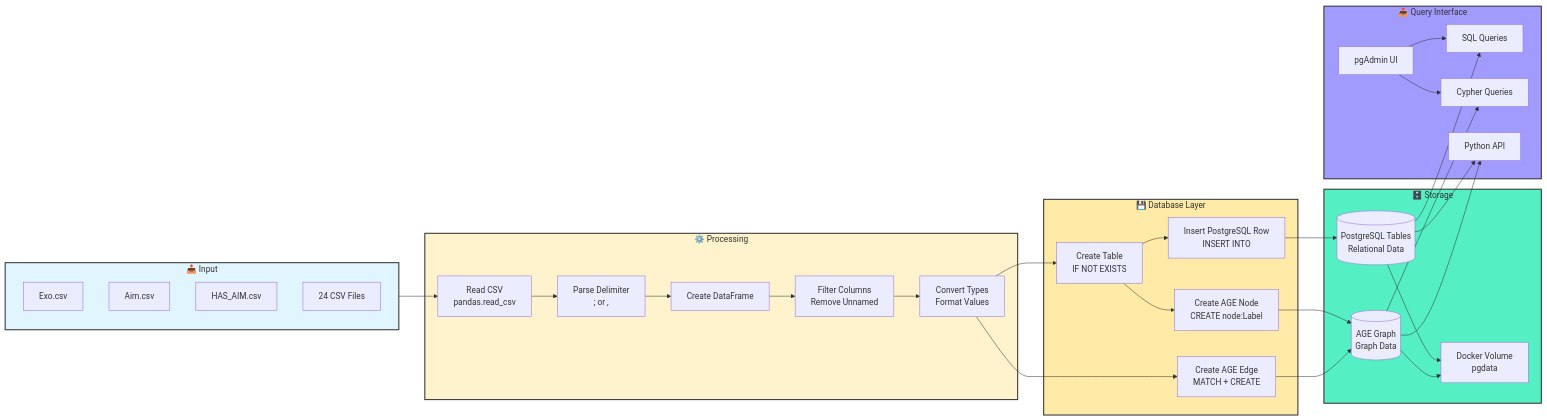
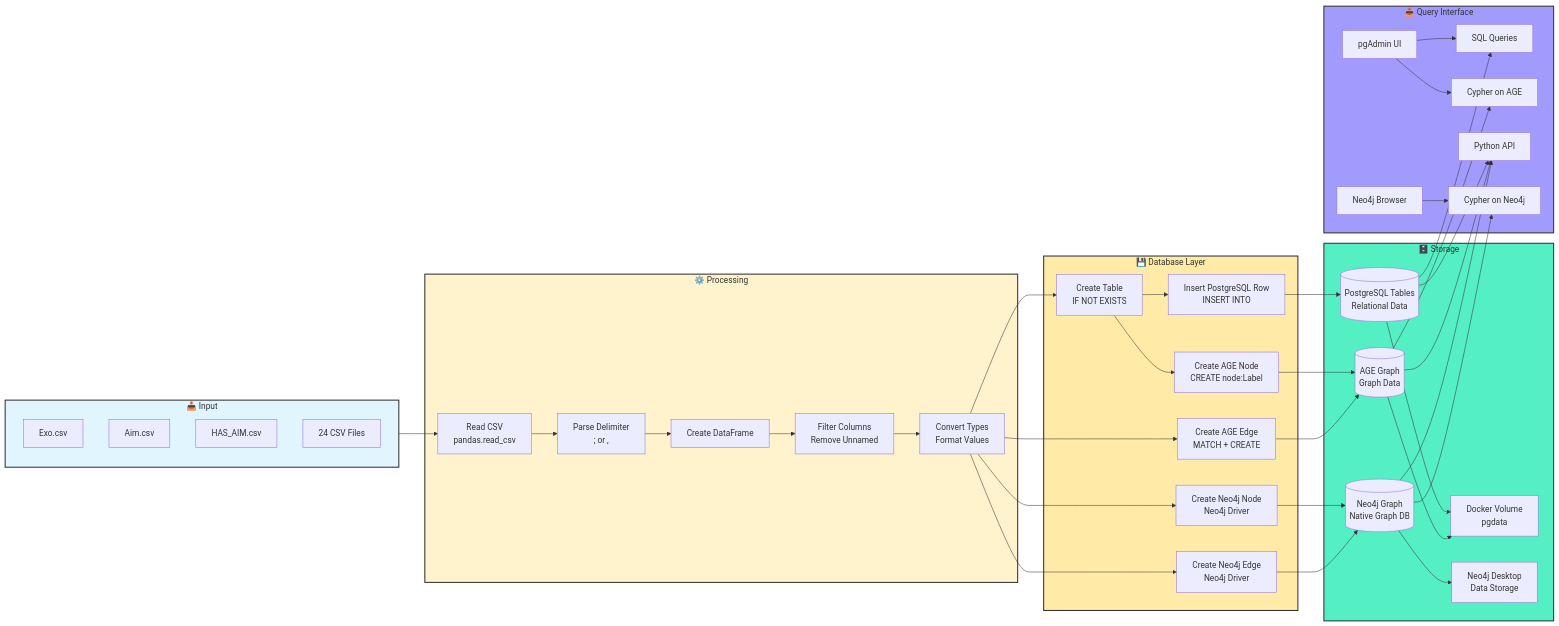
One commit to JaroWagener/test_cicd_mobilab changed the third of 7 diagrams in SETUP.md. Above: the diagram before and after it, drawn with Mermaid. The commit also changed other lines of this file, not shown here.

````diff
--- a/SETUP.md
+++ b/SETUP.md
@@ -845,64 +862,78 @@
 ```mermaid
 graph LR
     subgraph Input["📥 Input"]
         A1[Exo.csv]
         A2[Aim.csv]
         A3[HAS_AIM.csv]
         A4[24 CSV Files]
     end
     
     subgraph Processing["⚙️ Processing"]
         B1[Read CSV<br/>pandas.read_csv]
         B2[Parse Delimiter<br/>; or ,]
         B3[Create DataFrame]
         B4[Filter Columns<br/>Remove Unnamed]
         B5[Convert Types<br/>Format Values]
     end
     
     subgraph Database["💾 Database Layer"]
         C1[Create Table<br/>IF NOT EXISTS]
         C2[Insert PostgreSQL Row<br/>INSERT INTO]
         C3[Create AGE Node<br/>CREATE node:Label]
         C4[Create AGE Edge<br/>MATCH + CREATE]
+        C5[Create Neo4j Node<br/>Neo4j Driver]
+        C6[Create Neo4j Edge<br/>Neo4j Driver]
     end
     
     subgraph Storage["🗄️ Storage"]
         D1[(PostgreSQL Tables<br/>Relational Data)]
         D2[(AGE Graph<br/>Graph Data)]
         D3[Docker Volume<br/>pgdata]
+        D4[(Neo4j Graph<br/>Native Graph DB)]
+        D5[Neo4j Desktop<br/>Data Storage]
     end
     
     subgraph Output["📤 Query Interface"]
         E1[SQL Queries]
-        E2[Cypher Queries]
+        E2[Cypher on AGE]
         E3[Python API]
         E4[pgAdmin UI]
+        E5[Neo4j Browser]
+        E6[Cypher on Neo4j]
     end
     
     Input --> B1
     B1 --> B2
     B2 --> B3
     B3 --> B4
     B4 --> B5
     B5 --> C1
     C1 --> C2
     C1 --> C3
     B5 --> C4
+    B5 --> C5
+    B5 --> C6
     C2 --> D1
     C3 --> D2
     C4 --> D2
+    C5 --> D4
+    C6 --> D4
     D1 --> D3
     D2 --> D3
+    D4 --> D5
     D1 --> E1
     D2 --> E2
+    D4 --> E6
     D1 --> E3
     D2 --> E3
+    D4 --> E3
     E4 --> E1
     E4 --> E2
+    E5 --> E6
     
     style Input fill:#e1f5ff,stroke:#333,stroke-width:2px
     style Processing fill:#fff3cd,stroke:#333,stroke-width:2px
     style Database fill:#ffeaa7,stroke:#333,stroke-width:2px
     style Storage fill:#55efc4,stroke:#333,stroke-width:2px
     style Output fill:#a29bfe,stroke:#333,stroke-width:2px
 ```
````
